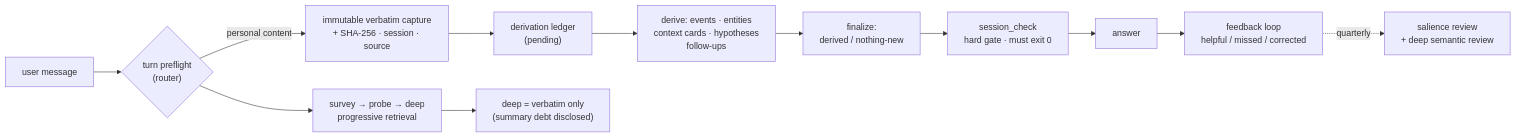
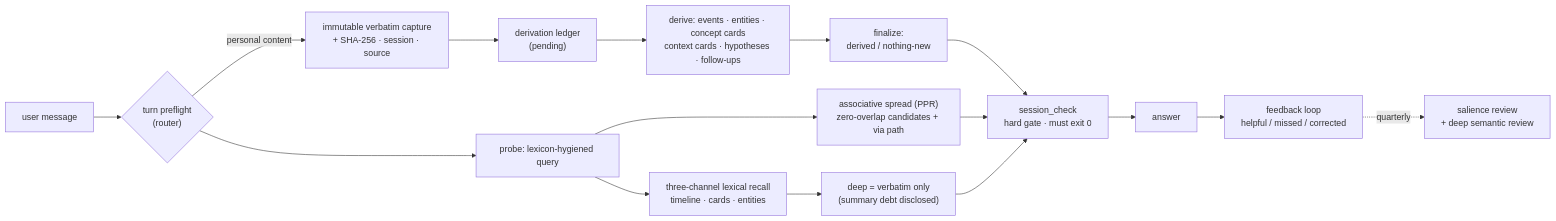
One commit to caix84476-netizen/personal-understanding changed the diagram in README.md. Above: the diagram before and after it, drawn with Mermaid. The commit also changed other lines of this file and 3 other files, not shown here.

````diff
--- a/README.md
+++ b/README.md
@@ -100,14 +117,18 @@
 ```mermaid
 flowchart LR
     A["user message"] --> B{"turn preflight<br/>(router)"}
     B -->|"personal content"| C["immutable verbatim capture<br/>+ SHA-256 · session · source"]
     C --> D["derivation ledger<br/>(pending)"]
-    D --> E["derive: events · entities<br/>context cards · hypotheses<br/>follow-ups"]
+    D --> E["derive: events · entities · concept cards<br/>context cards · hypotheses · follow-ups"]
     E --> F["finalize:<br/>derived / nothing-new"]
-    B --> G["survey → probe → deep<br/>progressive retrieval"]
-    G --> H["deep = verbatim only<br/>(summary debt disclosed)"]
-    F --> I["session_check<br/>hard gate · must exit 0"]
-    I --> J["answer"]
-    J --> K["feedback loop<br/>helpful / missed / corrected"]
-    K -.->|quarterly| L["salience review<br/>+ deep semantic review"]
+    B --> G["probe: lexicon-hygiened query"]
+    G --> H["three-channel lexical recall<br/>timeline · cards · entities"]
+    G --> I["associative spread (PPR)<br/>zero-overlap candidates + via path"]
+    H --> J["deep = verbatim only<br/>(summary debt disclosed)"]
+    F --> K["session_check<br/>hard gate · must exit 0"]
+    I --> K
+    J --> K
+    K --> L["answer"]
+    L --> M["feedback loop<br/>helpful / missed / corrected"]
+    M -.->|quarterly| N["salience review<br/>+ deep semantic review"]
 ```
````
